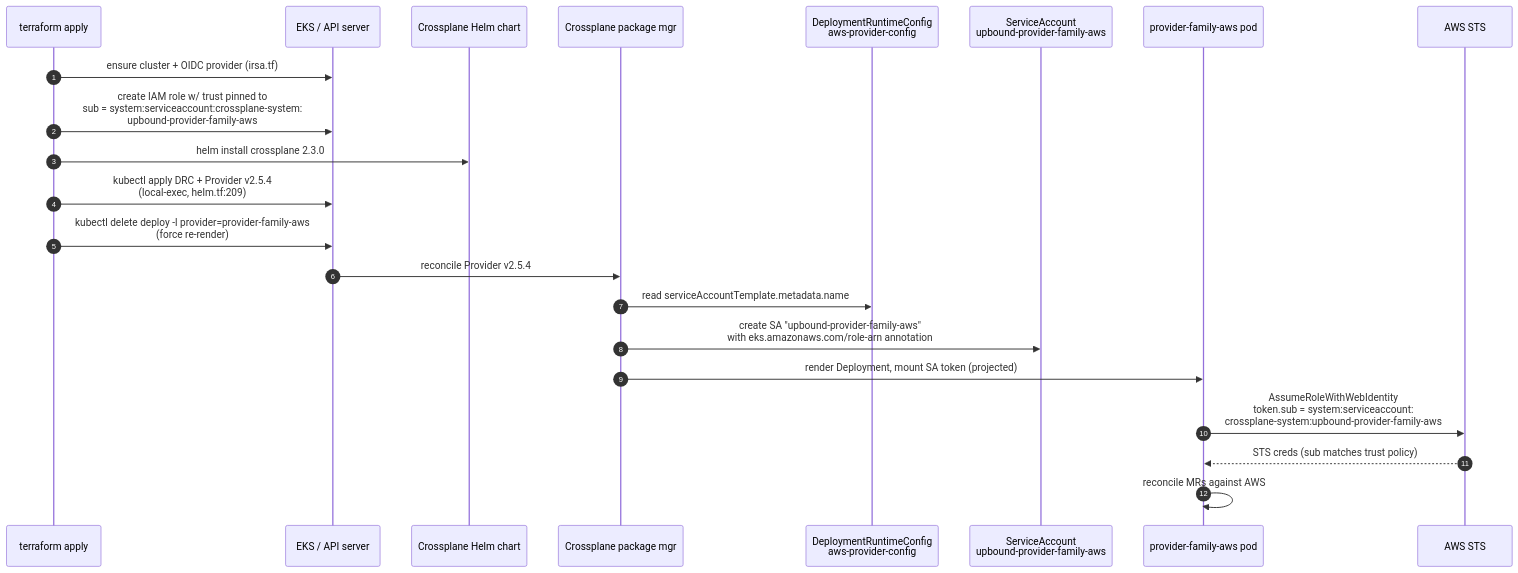
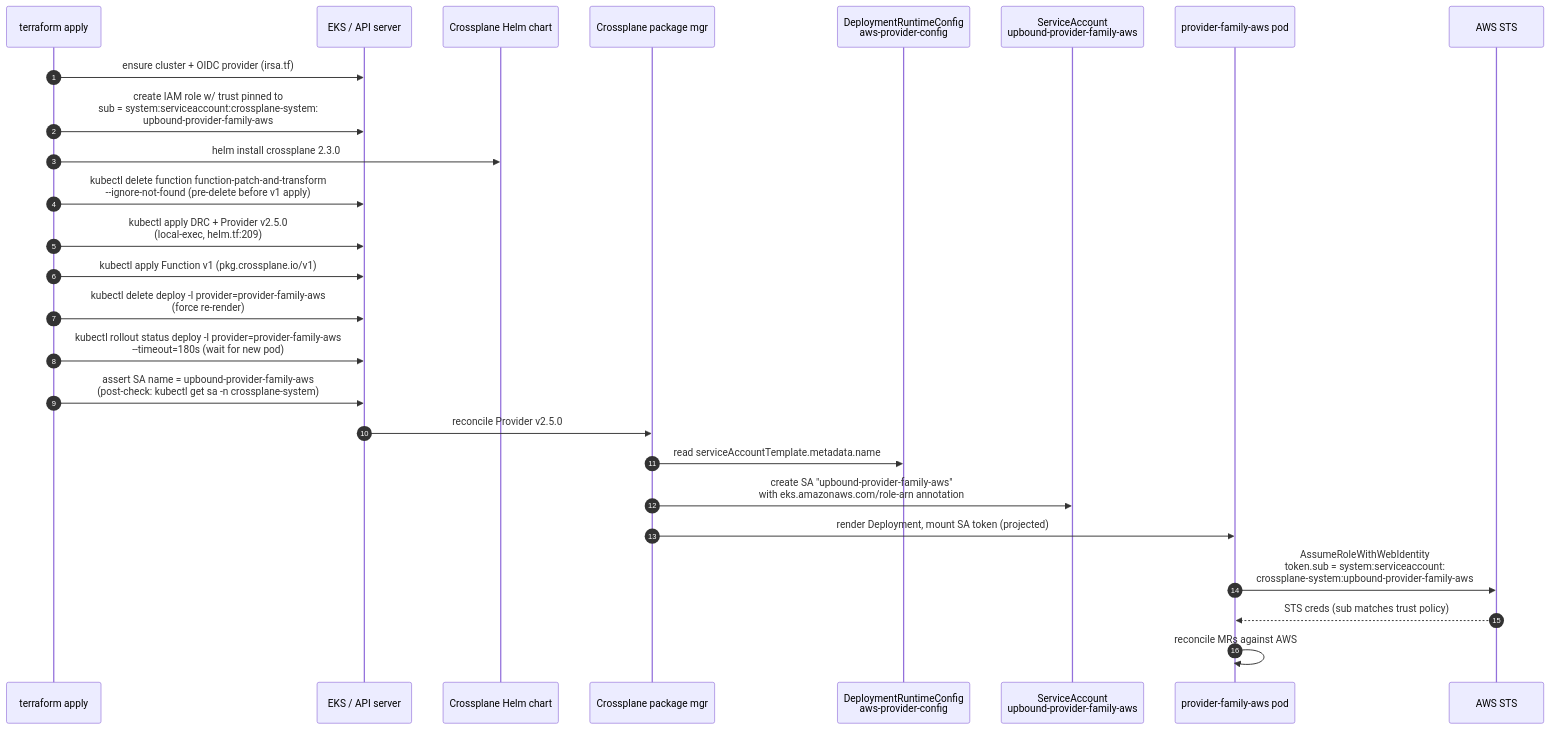
Before and after one commit to lago-morph/k8-platform: the diagram in ai/crossplane-v1-v2-un-fuckify/20-plan-SEG-2-terraform-infra.md, drawn with Mermaid. The commit also changed other lines of this file, not shown here.

First line of the commit message:
v2 migration: SEG-2 R2 revision — POST-REVIEW-R1

````diff
--- a/ai/crossplane-v1-v2-un-fuckify/20-plan-SEG-2-terraform-infra.md
+++ b/ai/crossplane-v1-v2-un-fuckify/20-plan-SEG-2-terraform-infra.md
@@ -39,25 +39,29 @@
 ```mermaid
 sequenceDiagram
     autonumber
     participant TF as terraform apply
     participant EKS as EKS / API server
     participant Helm as Crossplane Helm chart
     participant Pkg as Crossplane package mgr
     participant DRC as DeploymentRuntimeConfig<br/>aws-provider-config
     participant SA as ServiceAccount<br/>upbound-provider-family-aws
     participant Pod as provider-family-aws pod
     participant STS as AWS STS
 
     TF->>EKS: ensure cluster + OIDC provider (irsa.tf)
     TF->>EKS: create IAM role w/ trust pinned to<br/>sub = system:serviceaccount:crossplane-system:<br/>upbound-provider-family-aws
     TF->>Helm: helm install crossplane 2.3.0
-    TF->>EKS: kubectl apply DRC + Provider v2.5.4<br/>(local-exec, helm.tf:209)
+    TF->>EKS: kubectl delete function function-patch-and-transform<br/>--ignore-not-found (pre-delete before v1 apply)
+    TF->>EKS: kubectl apply DRC + Provider v2.5.0<br/>(local-exec, helm.tf:209)
+    TF->>EKS: kubectl apply Function v1 (pkg.crossplane.io/v1)
     TF->>EKS: kubectl delete deploy -l provider=provider-family-aws<br/>(force re-render)
-    EKS->>Pkg: reconcile Provider v2.5.4
+    TF->>EKS: kubectl rollout status deploy -l provider=provider-family-aws<br/>--timeout=180s (wait for new pod)
+    TF->>EKS: assert SA name = upbound-provider-family-aws<br/>(post-check: kubectl get sa -n crossplane-system)
+    EKS->>Pkg: reconcile Provider v2.5.0
     Pkg->>DRC: read serviceAccountTemplate.metadata.name
     Pkg->>SA: create SA "upbound-provider-family-aws"<br/>with eks.amazonaws.com/role-arn annotation
     Pkg->>Pod: render Deployment, mount SA token (projected)
     Pod->>STS: AssumeRoleWithWebIdentity<br/>token.sub = system:serviceaccount:<br/>crossplane-system:upbound-provider-family-aws
     STS-->>Pod: STS creds (sub matches trust policy)
     Pod->>Pod: reconcile MRs against AWS
 ```
````
